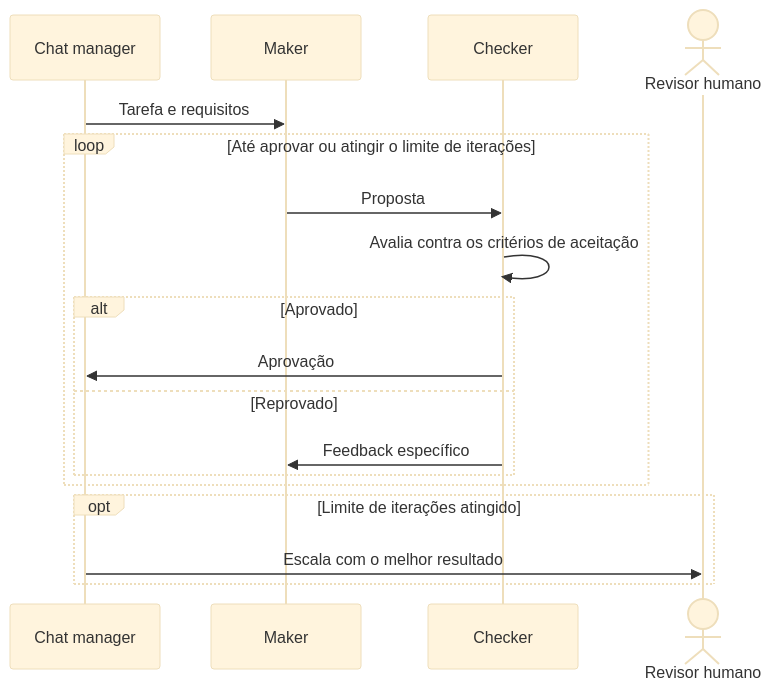
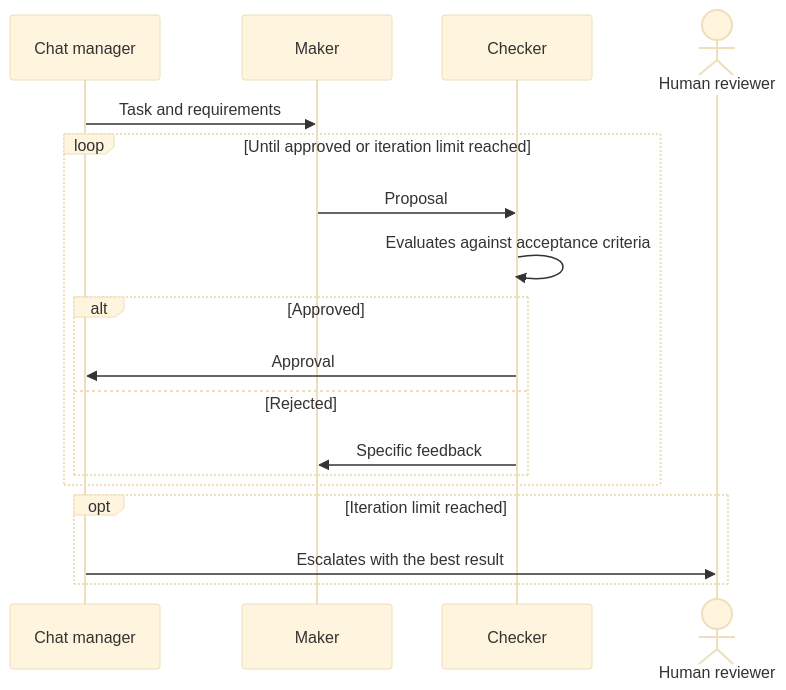
Before and after one commit to alancesar/design-patterns: the diagram in docs/ai/agent-orchestration/dynamic-orchestration/maker-checker-loop.md, drawn with Mermaid (base theme). The commit also changed 258 other files, not shown here.

First line of the commit message:
Translate Mermaid diagrams to English

````diff
--- a/docs/ai/agent-orchestration/dynamic-orchestration/maker-checker-loop.md
+++ b/docs/ai/agent-orchestration/dynamic-orchestration/maker-checker-loop.md
@@ -64,20 +64,20 @@
 ```mermaid
 sequenceDiagram
     participant M as Chat manager
     participant K as Maker
     participant C as Checker
-    actor H as Revisor humano
-    M->>K: Tarefa e requisitos
-    loop Até aprovar ou atingir o limite de iterações
-        K->>C: Proposta
-        C->>C: Avalia contra os critérios de aceitação
-        alt Aprovado
-            C->>M: Aprovação
-        else Reprovado
-            C->>K: Feedback específico
+    actor H as Human reviewer
+    M->>K: Task and requirements
+    loop Until approved or iteration limit reached
+        K->>C: Proposal
+        C->>C: Evaluates against acceptance criteria
+        alt Approved
+            C->>M: Approval
+        else Rejected
+            C->>K: Specific feedback
         end
     end
-    opt Limite de iterações atingido
-        M->>H: Escala com o melhor resultado
+    opt Iteration limit reached
+        M->>H: Escalates with the best result
     end
 ```
````
